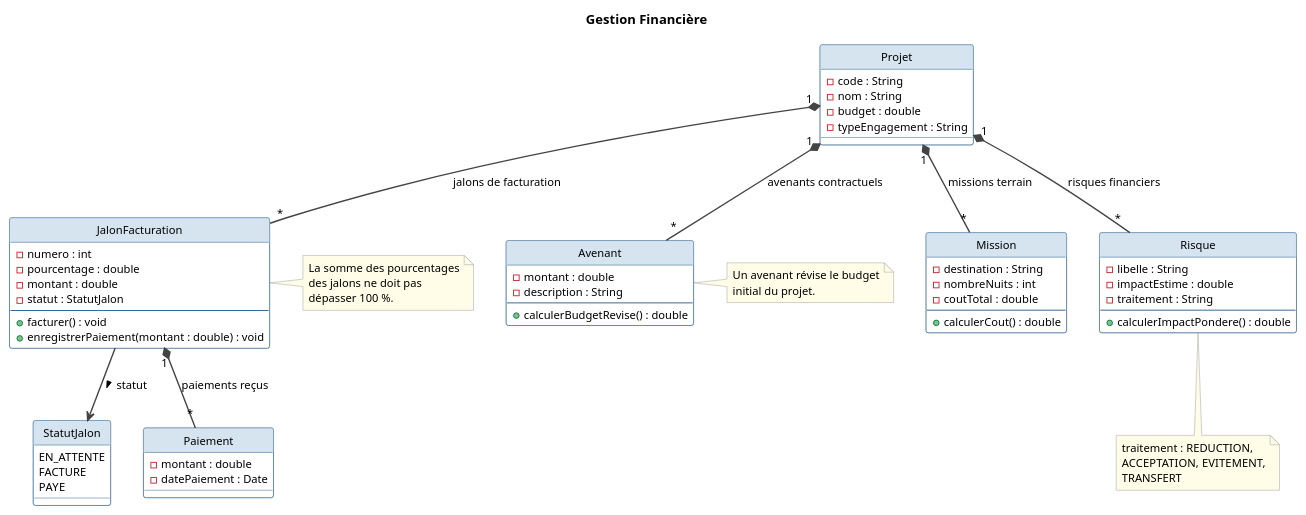
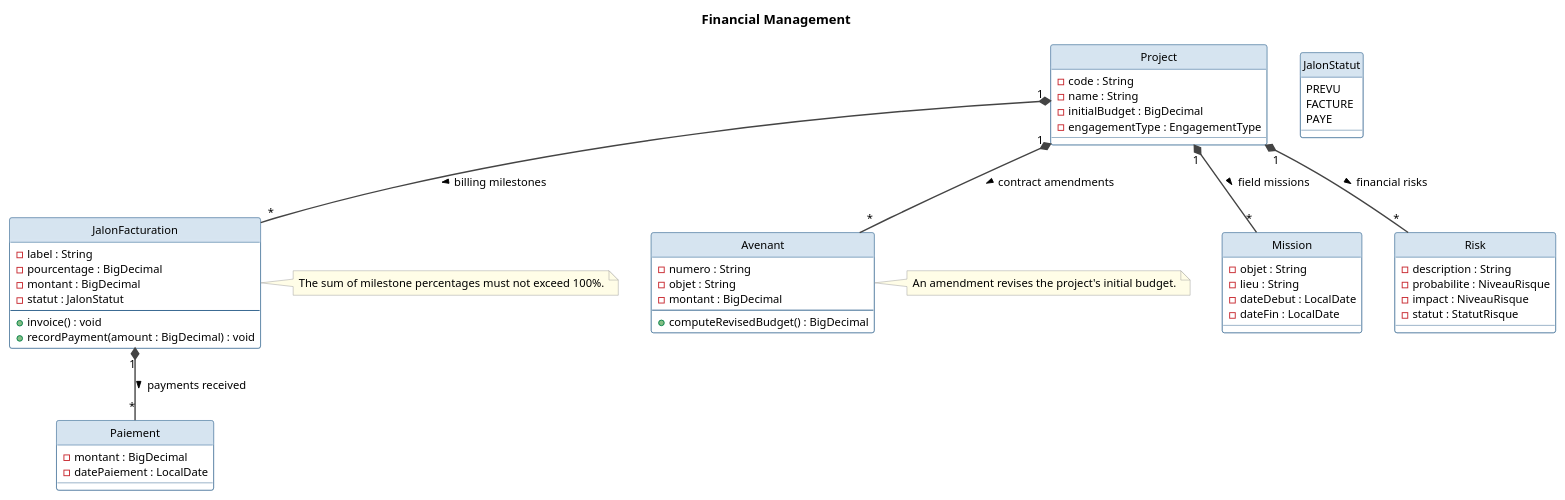
One commit to mazenrakrouki/tekup-pms-platform changed the diagram in docs/uml/engineering/04-financial.puml. Above: the diagram before and after it, drawn with PlantUML. The commit also changed 72 other files, not shown here.

```diff
--- a/docs/uml/engineering/04-financial.puml
+++ b/docs/uml/engineering/04-financial.puml
@@ -1,96 +1,85 @@
 @startuml financial
-title Gestion Financière
+title Financial Management
 
 top to bottom direction
 
 skinparam shadowing false
 skinparam classBackgroundColor #FFFFFF
 skinparam classBorderColor #2C5F8A
 skinparam classHeaderBackgroundColor #D6E4F0
 skinparam packageBackgroundColor #EAF2FF
 skinparam packageBorderColor #1F4E79
 skinparam packageFontColor #1F4E79
 skinparam defaultFontName Helvetica
 skinparam defaultFontSize 12
 skinparam ArrowColor #444444
 skinparam ArrowThickness 1.5
 skinparam noteBorderColor #999999
 skinparam noteBackgroundColor #FFFDE7
 hide circle
 
-enum StatutJalon {
-  EN_ATTENTE
+enum JalonStatut {
+  PREVU
   FACTURE
   PAYE
 }
 
-class Projet {
+class Project {
   - code : String
-  - nom : String
-  - budget : double
-  - typeEngagement : String
+  - name : String
+  - initialBudget : BigDecimal
+  - engagementType : EngagementType
 }
 
 class JalonFacturation {
-  - numero : int
-  - pourcentage : double
-  - montant : double
-  - statut : StatutJalon
+  - label : String
+  - pourcentage : BigDecimal
+  - montant : BigDecimal
+  - statut : JalonStatut
   --
-  + facturer() : void
-  + enregistrerPaiement(montant : double) : void
+  + invoice() : void
+  + recordPayment(amount : BigDecimal) : void
 }
 
 class Paiement {
-  - montant : double
-  - datePaiement : Date
+  - montant : BigDecimal
+  - datePaiement : LocalDate
 }
 
 class Avenant {
-  - montant : double
-  - description : String
+  - numero : String
+  - objet : String
+  - montant : BigDecimal
   --
-  + calculerBudgetRevise() : double
+  + computeRevisedBudget() : BigDecimal
 }
 
 class Mission {
-  - destination : String
-  - nombreNuits : int
-  - coutTotal : double
-  --
-  + calculerCout() : double
+  - objet : String
+  - lieu : String
+  - dateDebut : LocalDate
+  - dateFin : LocalDate
 }
 
-class Risque {
-  - libelle : String
-  - impactEstime : double
-  - traitement : String
-  --
-  + calculerImpactPondere() : double
+class Risk {
+  - description : String
+  - probabilite : NiveauRisque
+  - impact : NiveauRisque
+  - statut : StatutRisque
 }
 
-Projet "1" *-- "*" JalonFacturation : jalons de facturation
-JalonFacturation "1" *-- "*" Paiement : paiements reçus
-Projet "1" *-- "*" Avenant          : avenants contractuels
-Projet "1" *-- "*" Mission           : missions terrain
-Projet "1" *-- "*" Risque            : risques financiers
-JalonFacturation --> StatutJalon     : statut >
+Project "1" *-- "*" JalonFacturation : billing milestones >
+JalonFacturation "1" *-- "*" Paiement : payments received >
+Project "1" *-- "*" Avenant           : contract amendments >
+Project "1" *-- "*" Mission           : field missions >
+Project "1" *-- "*" Risk              : financial risks >
 
 note right of JalonFacturation
-  La somme des pourcentages
-  des jalons ne doit pas
-  dépasser 100 %.
+  The sum of milestone percentages must not exceed 100%.
 end note
 
 note right of Avenant
-  Un avenant révise le budget
-  initial du projet.
-end note
-
-note bottom of Risque
-  traitement : REDUCTION,
-  ACCEPTATION, EVITEMENT,
-  TRANSFERT
+  An amendment revises the project's initial budget.
 end note
 
 @enduml
```
